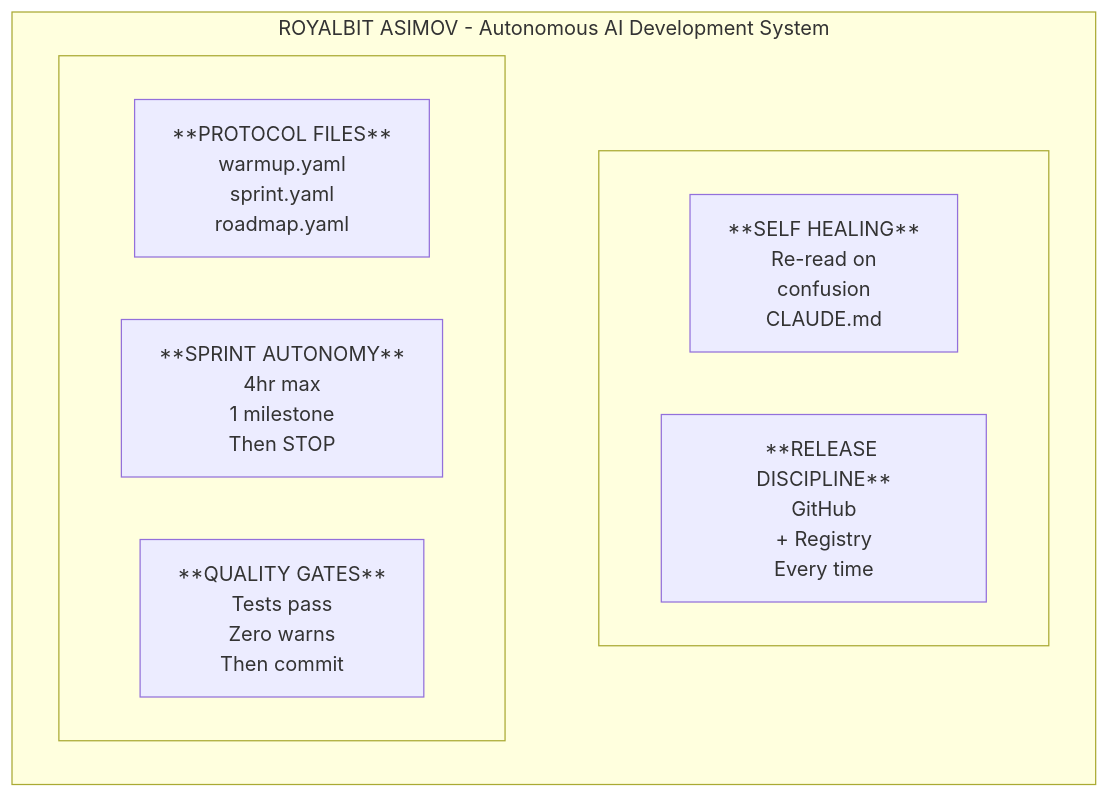
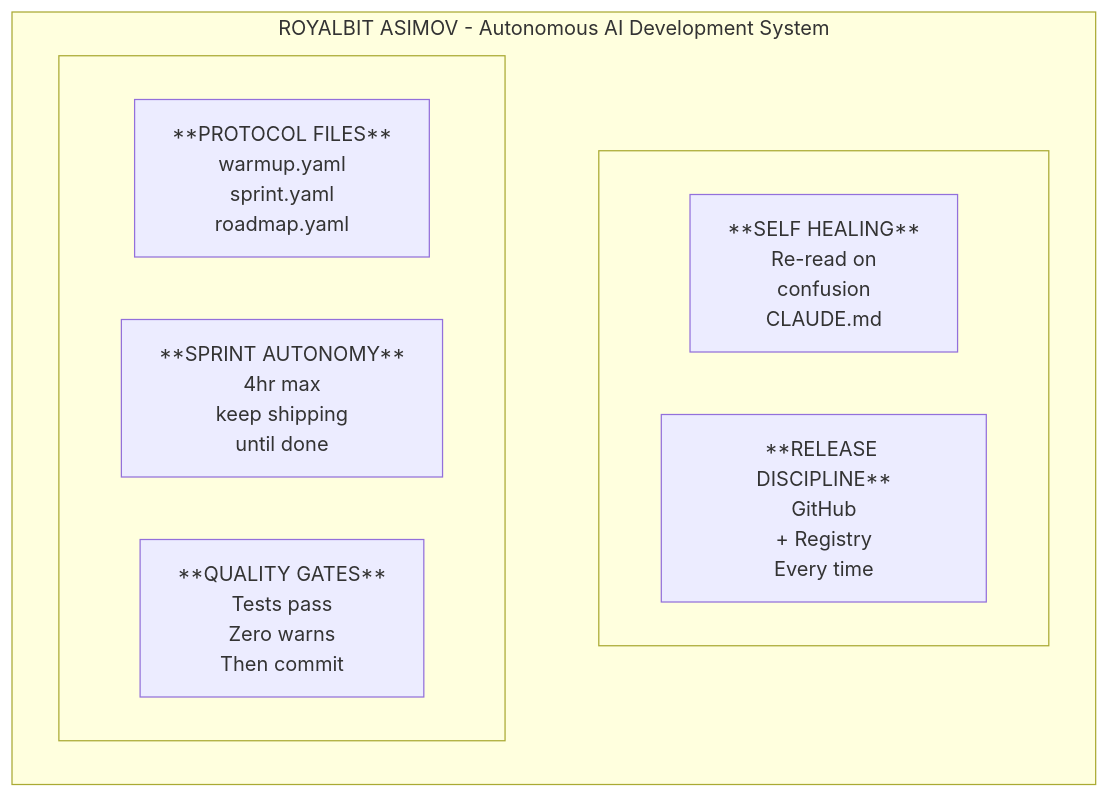
One commit to royalbit/asimov changed the first of 4 diagrams in docs/SPECIFICATION.md. Above: the diagram before and after it, drawn with Mermaid. The commit also changed other lines of this file and 7 other files, not shown here.

First line of the commit message:
fix: Update all '1 milestone' references to 'keep shipping' (ADR-028)

````diff
--- a/docs/SPECIFICATION.md
+++ b/docs/SPECIFICATION.md
@@ -120,17 +120,17 @@
 ```mermaid
 flowchart TB
     subgraph asimov["ROYALBIT ASIMOV - Autonomous AI Development System"]
         subgraph row1[" "]
             direction LR
             P["**PROTOCOL FILES**<br/>warmup.yaml<br/>sprint.yaml<br/>roadmap.yaml"]
-            S["**SPRINT AUTONOMY**<br/>4hr max<br/>1 milestone<br/>Then STOP"]
+            S["**SPRINT AUTONOMY**<br/>4hr max<br/>keep shipping<br/>until done"]
             Q["**QUALITY GATES**<br/>Tests pass<br/>Zero warns<br/>Then commit"]
         end
         subgraph row2[" "]
             direction LR
             H["**SELF HEALING**<br/>Re-read on<br/>confusion<br/>CLAUDE.md"]
             R["**RELEASE DISCIPLINE**<br/>GitHub<br/>+ Registry<br/>Every time"]
         end
     end
     row1 ~~~ row2
 ```
````
